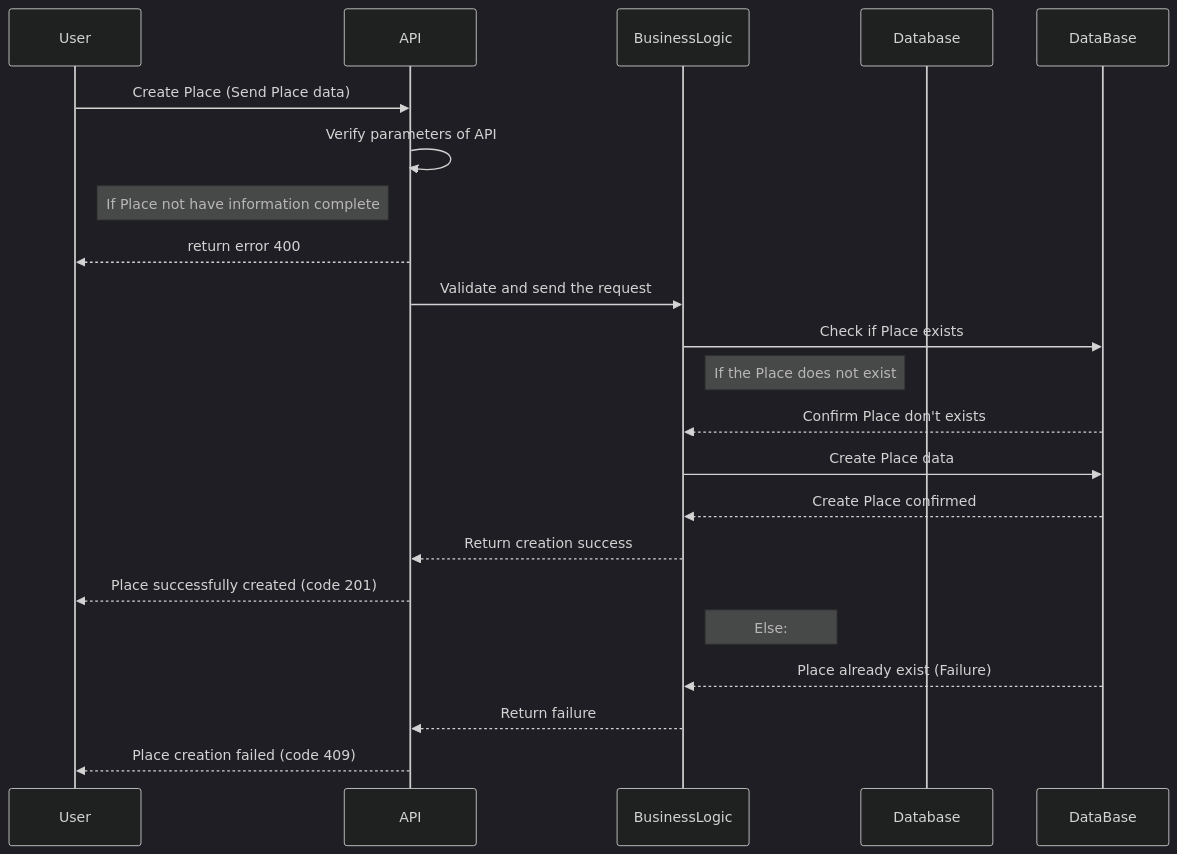
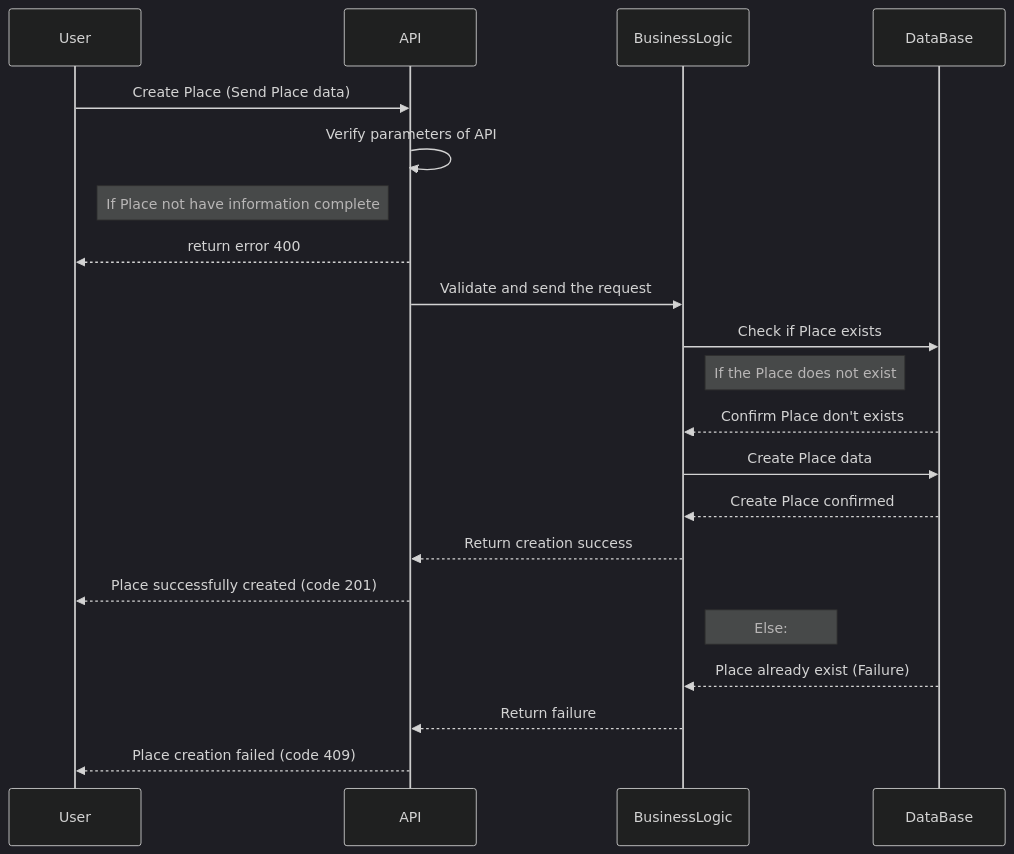
Before and after one commit to Timi-Holberton/holbertonschool-hbnb: the second of 4 diagrams in part1/diagram_sequence.md, drawn with Mermaid (dark theme). The commit also changed other lines of this file, not shown here.

Commit message:
correctif syntaxe dataBase

````diff
--- a/part1/diagram_sequence.md
+++ b/part1/diagram_sequence.md
@@ -28,23 +28,23 @@
 ```mermaid
 sequenceDiagram
 participant User
 participant API
 participant BusinessLogic
-participant Database
+participant DataBase
 	User->>API: Create Place (Send Place data)
 	API->>API: Verify parameters of API
 	Note right of User: If Place not have information complete
 	API-->>User: return error 400
 	API->>BusinessLogic: Validate and send the request
 	BusinessLogic->>DataBase: Check if Place exists
 	Note right of BusinessLogic: If the Place does not exist
 	DataBase-->>BusinessLogic: Confirm Place don't exists
 	BusinessLogic->>DataBase: Create Place data
 	DataBase-->>BusinessLogic: Create Place confirmed
 	BusinessLogic-->>API: Return creation success
 	API-->>User: Place successfully created (code 201)
 	Note right of BusinessLogic: Else:
 	DataBase-->>BusinessLogic: Place already exist (Failure)
 	BusinessLogic-->>API: Return failure
 	API-->>User: Place creation failed (code 409)
 ```
````
